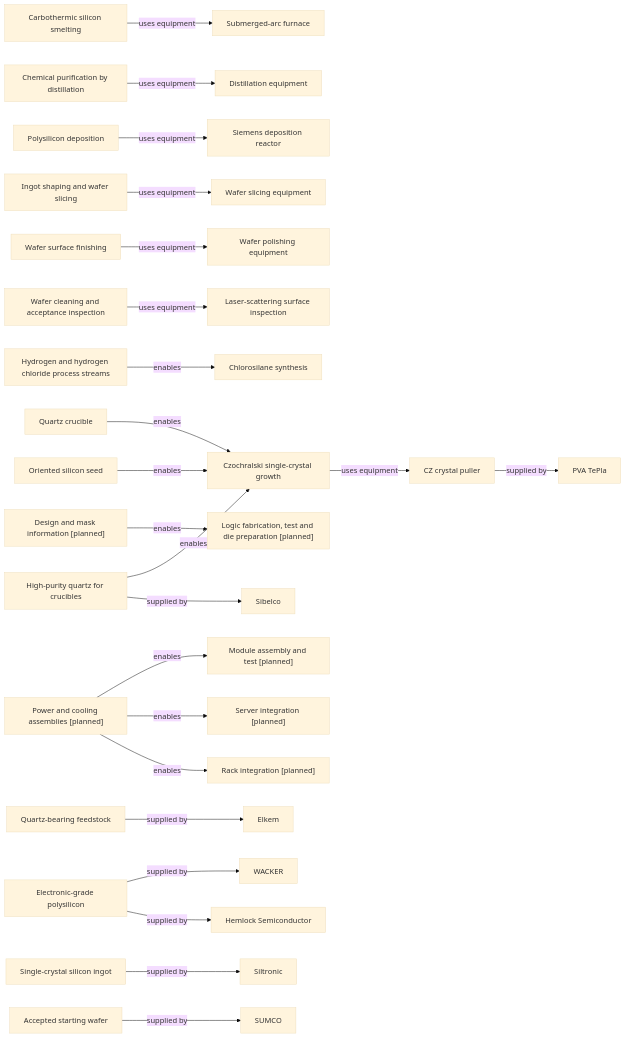
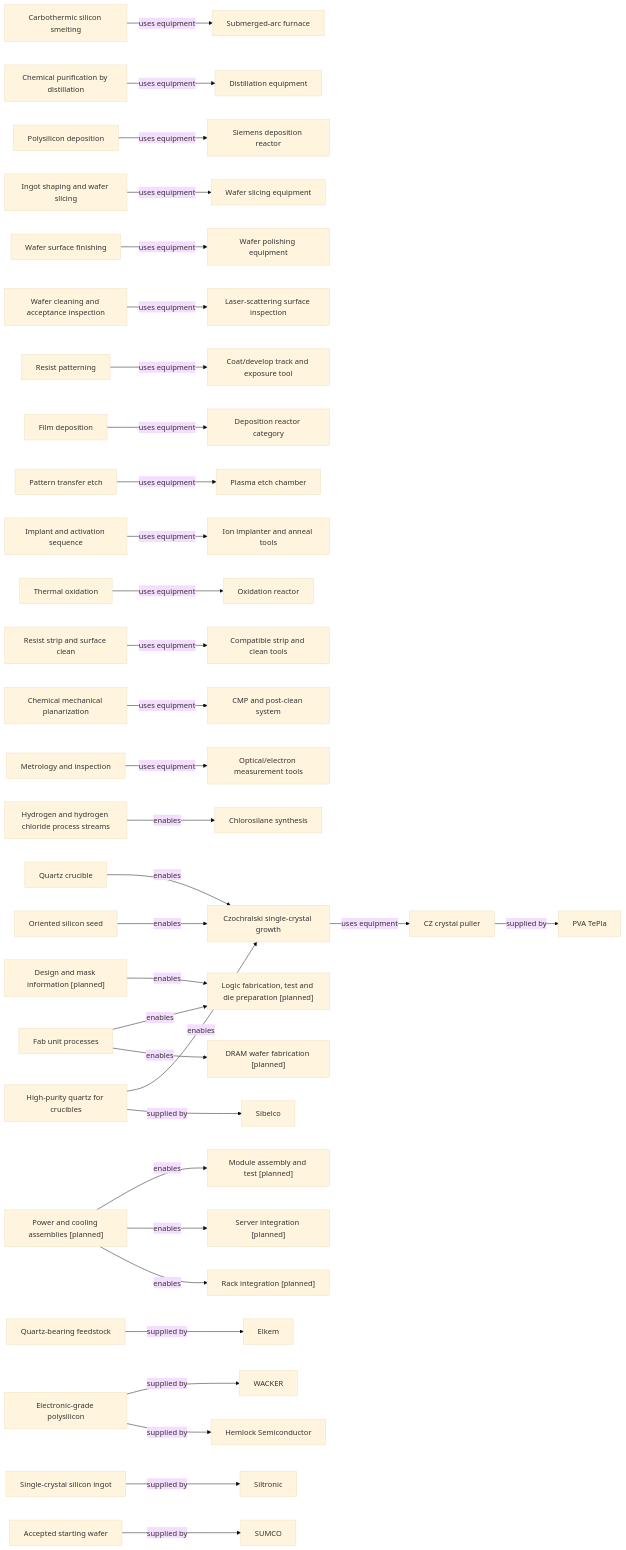
One commit to samuelianrich/semiconductor-manufacturing-kb changed the diagram in assets/process_flows/map_enabling_inputs.mmd. Above: the diagram before and after it, drawn with Mermaid (base theme). The commit also changed 70 other files, not shown here.

Commit message:
Build Phase 2 fab fundamentals and evidenced unit-process map

```diff
--- a/assets/process_flows/map_enabling_inputs.mmd
+++ b/assets/process_flows/map_enabling_inputs.mmd
@@ -1,59 +1,87 @@
 flowchart LR
   ART_0041["Power and cooling assemblies [planned]"]
   ART_0042["Design and mask information [planned]"]
   EQ_0001["Submerged-arc furnace"]
   EQ_0002["Distillation equipment"]
   EQ_0003["Siemens deposition reactor"]
   EQ_0004["CZ crystal puller"]
   EQ_0005["Wafer slicing equipment"]
   EQ_0006["Wafer polishing equipment"]
   EQ_0007["Laser-scattering surface inspection"]
+  EQ_0101["Coat/develop track and exposure tool"]
+  EQ_0102["Deposition reactor category"]
+  EQ_0103["Plasma etch chamber"]
+  EQ_0104["Ion implanter and anneal tools"]
+  EQ_0105["Oxidation reactor"]
+  EQ_0106["Compatible strip and clean tools"]
+  EQ_0107["CMP and post-clean system"]
+  EQ_0108["Optical/electron measurement tools"]
+  FAM_0100["Fab unit processes"]
   MAT_0001["Quartz-bearing feedstock"]
   MAT_0006["Electronic-grade polysilicon"]
   MAT_0007["Single-crystal silicon ingot"]
   MAT_0010["Accepted starting wafer"]
   MAT_0012["High-purity quartz for crucibles"]
   MAT_0013["Quartz crucible"]
   MAT_0014["Hydrogen and hydrogen chloride process streams"]
   MAT_0015["Oriented silicon seed"]
   PROC_0002["Carbothermic silicon smelting"]
   PROC_0003["Chlorosilane synthesis"]
   PROC_0004["Chemical purification by distillation"]
   PROC_0005["Polysilicon deposition"]
   PROC_0006["Czochralski single-crystal growth"]
   PROC_0007["Ingot shaping and wafer slicing"]
   PROC_0008["Wafer surface finishing"]
   PROC_0009["Wafer cleaning and acceptance inspection"]
   PROC_0030["Logic fabrication, test and die preparation [planned]"]
+  PROC_0031["DRAM wafer fabrication [planned]"]
   PROC_0038["Module assembly and test [planned]"]
   PROC_0039["Server integration [planned]"]
   PROC_0040["Rack integration [planned]"]
+  PROC_0101["Resist patterning"]
+  PROC_0102["Film deposition"]
+  PROC_0103["Pattern transfer etch"]
+  PROC_0104["Implant and activation sequence"]
+  PROC_0105["Thermal oxidation"]
+  PROC_0106["Resist strip and surface clean"]
+  PROC_0107["Chemical mechanical planarization"]
+  PROC_0108["Metrology and inspection"]
   SUP_0001["Elkem"]
   SUP_0002["Sibelco"]
   SUP_0003["WACKER"]
   SUP_0004["Hemlock Semiconductor"]
   SUP_0005["PVA TePla"]
   SUP_0006["Siltronic"]
   SUP_0007["SUMCO"]
   ART_0042 -->|"enables"| PROC_0030
   ART_0041 -->|"enables"| PROC_0038
   ART_0041 -->|"enables"| PROC_0039
   ART_0041 -->|"enables"| PROC_0040
   PROC_0002 -->|"uses equipment"| EQ_0001
   PROC_0004 -->|"uses equipment"| EQ_0002
   PROC_0005 -->|"uses equipment"| EQ_0003
   PROC_0006 -->|"uses equipment"| EQ_0004
   PROC_0007 -->|"uses equipment"| EQ_0005
   PROC_0008 -->|"uses equipment"| EQ_0006
   PROC_0009 -->|"uses equipment"| EQ_0007
   MAT_0012 -->|"enables"| PROC_0006
   MAT_0013 -->|"enables"| PROC_0006
   MAT_0014 -->|"enables"| PROC_0003
   MAT_0015 -->|"enables"| PROC_0006
   MAT_0001 -->|"supplied by"| SUP_0001
   MAT_0012 -->|"supplied by"| SUP_0002
   MAT_0006 -->|"supplied by"| SUP_0003
   MAT_0006 -->|"supplied by"| SUP_0004
   EQ_0004 -->|"supplied by"| SUP_0005
   MAT_0007 -->|"supplied by"| SUP_0006
   MAT_0010 -->|"supplied by"| SUP_0007
+  PROC_0101 -->|"uses equipment"| EQ_0101
+  PROC_0102 -->|"uses equipment"| EQ_0102
+  PROC_0103 -->|"uses equipment"| EQ_0103
+  PROC_0104 -->|"uses equipment"| EQ_0104
+  PROC_0105 -->|"uses equipment"| EQ_0105
+  PROC_0106 -->|"uses equipment"| EQ_0106
+  PROC_0107 -->|"uses equipment"| EQ_0107
+  PROC_0108 -->|"uses equipment"| EQ_0108
+  FAM_0100 -->|"enables"| PROC_0030
+  FAM_0100 -->|"enables"| PROC_0031
```
